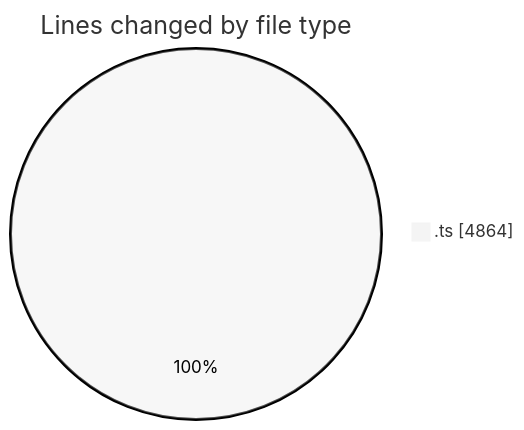
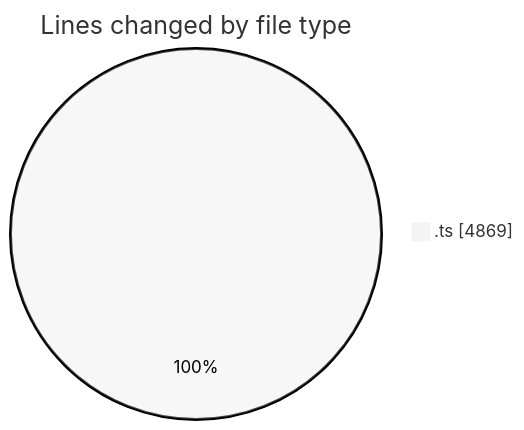
One commit to momahboobian/code-tracking changed the first of 2 diagrams in 2025-09-12/cda/README.md. Above: the diagram before and after it, drawn with Mermaid (neutral theme). The commit also changed other lines of this file and 1 other file, not shown here.

````diff
--- a/2025-09-12/cda/README.md
+++ b/2025-09-12/cda/README.md
@@ -24,5 +24,5 @@
 ```mermaid
 pie showData
 title Lines changed by file type
-".ts" : 4864
+".ts" : 4869
 ```
````
